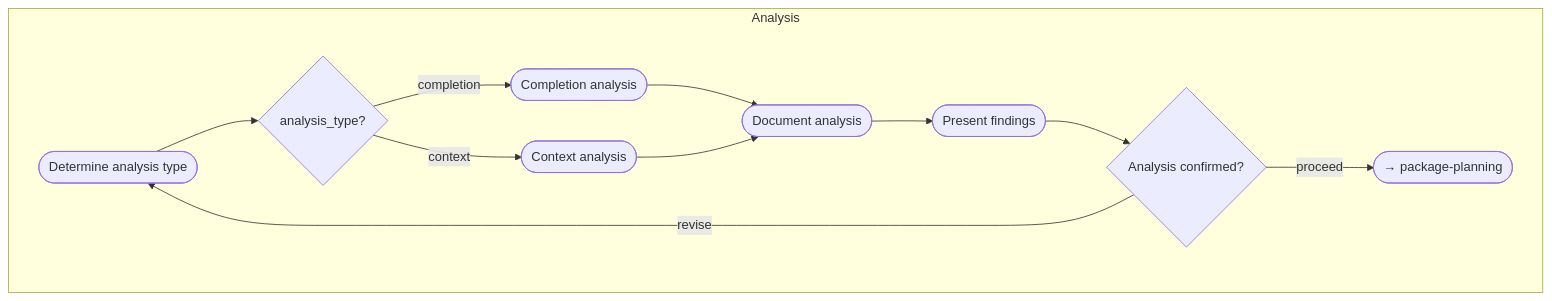
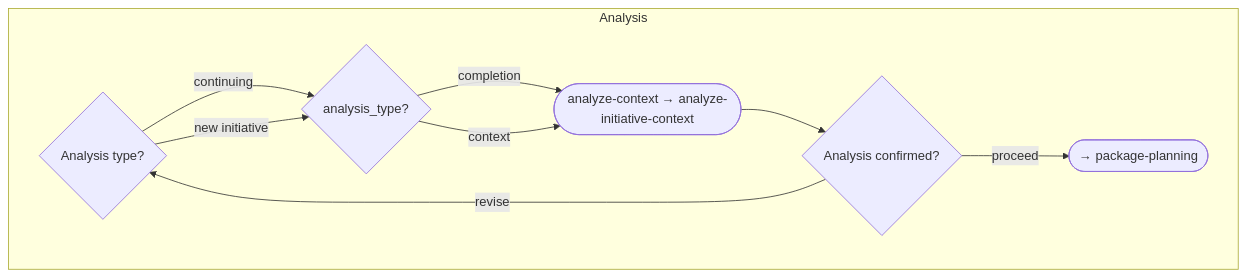
Before and after one commit to m2ux/workflow-server: the fourth of 8 diagrams in work-packages/README.md, drawn with Mermaid. The commit also changed other lines of this file and 15 other files, not shown here.

````diff
--- a/work-packages/README.md
+++ b/work-packages/README.md
@@ -119,19 +111,17 @@
 ```mermaid
 graph TD
     subgraph analysis[Analysis]
-        a1([Determine analysis type])
+        cpType{Analysis type?}
         d1{analysis_type?}
-        a2a([Completion analysis])
-        a2b([Context analysis])
-        a3([Document analysis])
-        a4([Present findings])
+        a1([analyze-context → analyze-initiative-context])
         cp1{Analysis confirmed?}
         
-        a1 --> d1
-        d1 -->|completion| a2a --> a3
-        d1 -->|context| a2b --> a3
-        a3 --> a4 --> cp1
+        cpType -->|continuing| d1
+        cpType -->|new initiative| d1
+        d1 -->|completion| a1
+        d1 -->|context| a1
+        a1 --> cp1
         cp1 -->|proceed| Next([→ package-planning])
-        cp1 -->|revise| a1
+        cp1 -->|revise| cpType
     end
 ```
````
